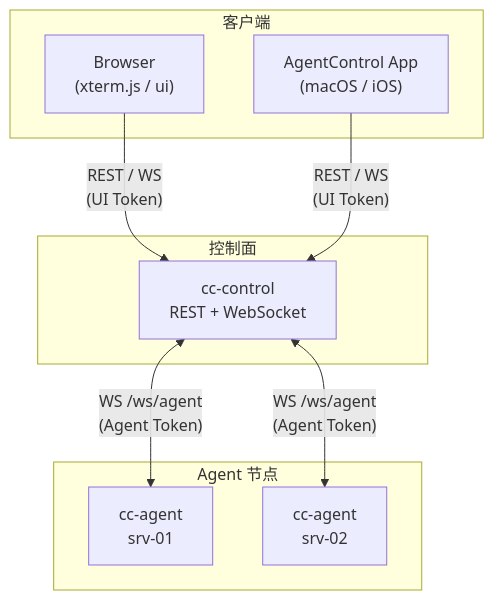
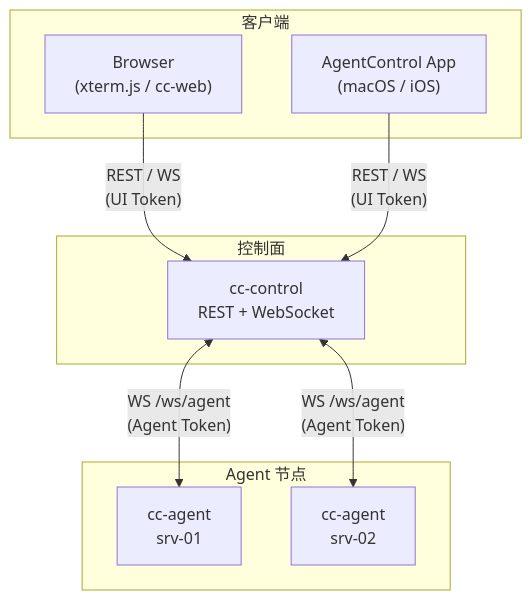
One commit to xuzhougeng/agent-control changed the first of 5 diagrams in docs/architecture.md. Above: the diagram before and after it, drawn with Mermaid. The commit also changed other lines of this file and 16 other files, not shown here.

````diff
--- a/docs/architecture.md
+++ b/docs/architecture.md
@@ -5,21 +5,21 @@
 ```mermaid
 flowchart TB
     subgraph Clients["客户端"]
-        Browser["Browser\n(xterm.js / ui)"]
+        Browser["Browser\n(xterm.js / cc-web)"]
         App["AgentControl App\n(macOS / iOS)"]
     end
 
     subgraph Control["控制面"]
         CC["cc-control\nREST + WebSocket"]
     end
 
     subgraph Agents["Agent 节点"]
         A1["cc-agent\nsrv-01"]
         A2["cc-agent\nsrv-02"]
     end
 
     Browser -->|"REST / WS\n(UI Token)"| CC
     App -->|"REST / WS\n(UI Token)"| CC
     CC <-->|"WS /ws/agent\n(Agent Token)"| A1
     CC <-->|"WS /ws/agent\n(Agent Token)"| A2
 ```
````
